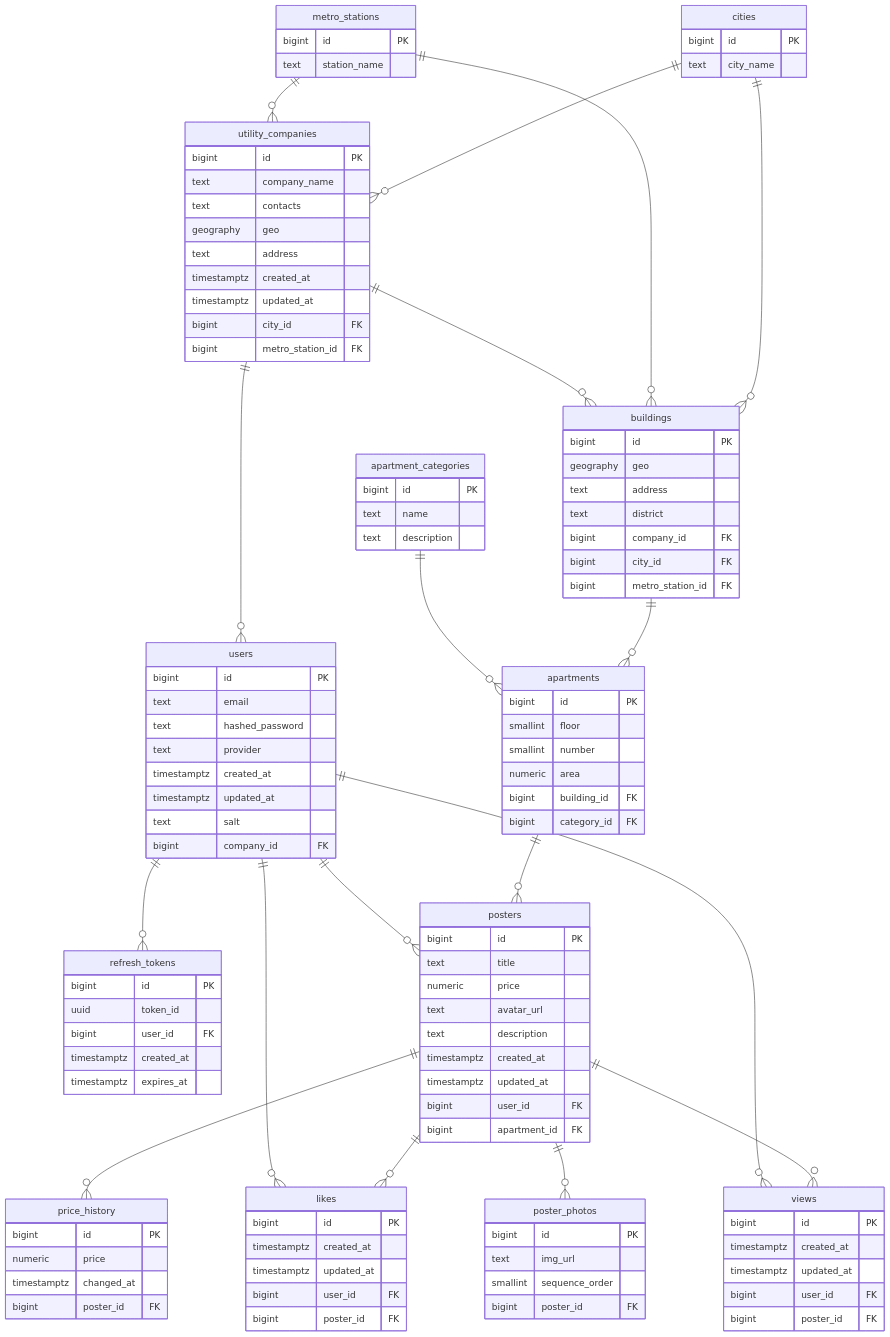
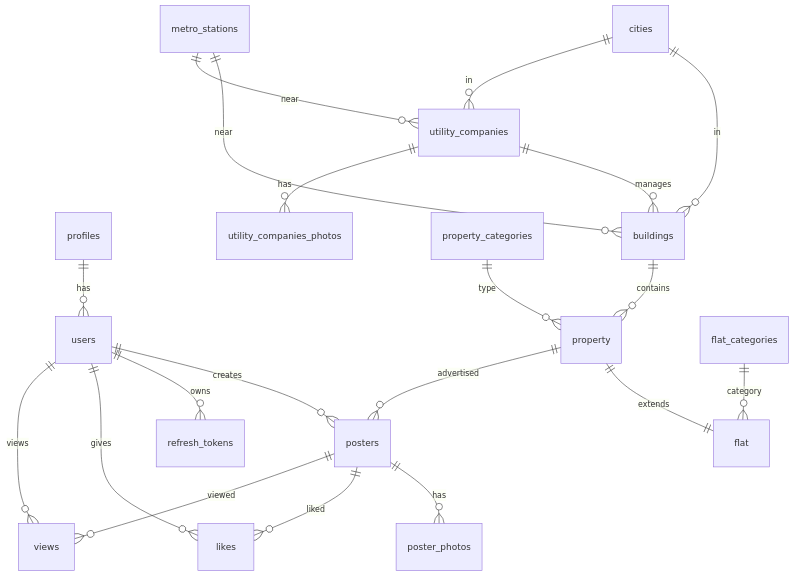
Before and after one commit to go-park-mail-ru/2026_1_TheBugs: the diagram in db/normalized/relations.md, drawn with Mermaid. The commit also changed other lines of this file, not shown here.

````diff
--- a/db/normalized/relations.md
+++ b/db/normalized/relations.md
@@ -185,127 +219,28 @@
 ```mermaid
 erDiagram
-
-    cities {
-        bigint id PK
-        text city_name
-    }
-
-    metro_stations {
-        bigint id PK
-        text station_name
-    }
-
-    utility_companies {
-        bigint id PK
-        text company_name
-        text contacts
-        geography geo
-        text address
-        timestamptz created_at
-        timestamptz updated_at
-        bigint city_id FK
-        bigint metro_station_id FK
-    }
-    refresh_tokens{
-        bigint id PK
-        uuid token_id
-        bigint user_id FK
-        timestamptz created_at
-        timestamptz expires_at
-    }
-    users {
-        bigint id PK
-        text email
-        text hashed_password
-        text provider
-        timestamptz created_at
-        timestamptz updated_at
-        text salt
-        bigint company_id FK
-    }
-
-    buildings {
-        bigint id PK
-        geography geo
-        text address
-        text district
-        bigint company_id FK
-        bigint city_id FK
-        bigint metro_station_id FK
-    }
-
-    apartment_categories {
-        bigint id PK
-        text name
-        text description
-    }
-
-    apartments {
-        bigint id PK
-        smallint floor
-        smallint number
-        numeric area 
-        bigint building_id FK
-        bigint category_id FK
-    }
-
-    posters {
-        bigint id PK
-        text title
-        numeric price
-        text avatar_url
-        text description
-        timestamptz created_at
-        timestamptz updated_at
-        bigint user_id FK
-        bigint apartment_id FK
-    }
-
-    price_history {
-        bigint id PK
-        numeric price
-        timestamptz changed_at
-        bigint poster_id FK
-    }
-
-    likes {
-        bigint id PK
-        timestamptz created_at
-        timestamptz updated_at
-        bigint user_id FK
-        bigint poster_id FK
-    }
-
-    views {
-        bigint id PK
-        timestamptz created_at
-        timestamptz updated_at
-        bigint user_id FK
-        bigint poster_id FK
-    }
-
-    poster_photos {
-        bigint id PK
-        text img_url
-        smallint sequence_order
-        bigint poster_id FK
-    }
-
-    cities ||--o{ utility_companies : ""
-    cities ||--o{ buildings : ""
-    metro_stations ||--o{ utility_companies : ""
-    metro_stations ||--o{ buildings : ""
-    utility_companies ||--o{ users : ""
-    utility_companies ||--o{ buildings : ""
-    buildings ||--o{ apartments : ""
-    apartment_categories ||--o{ apartments : ""
-    apartments ||--o{ posters : ""
-    users ||--o{ posters : ""
-    users ||--o{ refresh_tokens: ""
-    posters ||--o{ price_history : ""
-    posters ||--o{ likes : ""
-    posters ||--o{ views : ""
-    posters ||--o{ poster_photos : ""
-    users ||--o{ likes : ""
-    users ||--o{ views : ""
+    profiles ||--o{ users : "has"
+    users ||--o{ posters : "creates"
+    users ||--o{ refresh_tokens : "owns"
+    users ||--o{ likes : "gives"
+    users ||--o{ views : "views"
+    
+    cities ||--o{ buildings : "in"
+    cities ||--o{ utility_companies : "in"
+    
+    metro_stations ||--o{ buildings : "near"
+    metro_stations ||--o{ utility_companies : "near"
+    
+    utility_companies ||--o{ buildings : "manages"
+    
+    buildings ||--o{ property : "contains"
+    property_categories ||--o{ property : "type"
+    property ||--|| flat : "extends"
+    flat_categories ||--o{ flat : "category"
+    
+    property ||--o{ posters : "advertised"
+    posters ||--o{ poster_photos : "has"
+    posters ||--o{ likes : "liked"
+    posters ||--o{ views : "viewed"
+    
+    utility_companies ||--o{ utility_companies_photos : "has"
 ```
````
